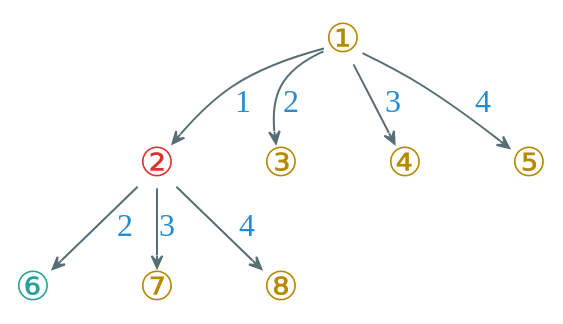
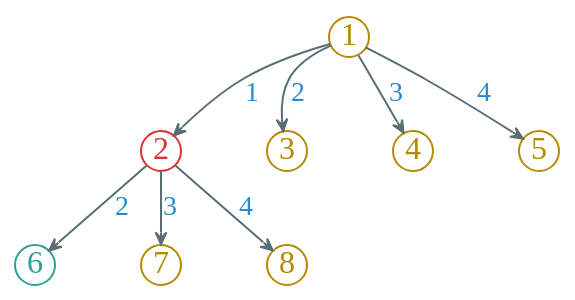
Before and after one commit to Avanti1980/course-alg: the diagram in dot/four-queen-bb-solve2.dot, drawn with Graphviz. The commit also changed 20 other files, not shown here.

```diff
--- a/dot/four-queen-bb-solve2.dot
+++ b/dot/four-queen-bb-solve2.dot
@@ -1,25 +1,25 @@
 digraph g {
     bgcolor=transparent
     rankdir=TB
     graph [nodesep=0.6, ranksep=0.3]
-    node [shape=plain, color="#586e75", fontcolor="#dc322f", fontsize=20, fontname="LXGWWenKai"]
-    edge [arrowhead=vee, color="#586e75", fontcolor="#268bd2", fontsize=16, fontname="LXGWWenKai" arrowsize=0.6]
+    node [shape=circle, fixedsize=true, width=0.28, color="#dc322f", fontcolor="#dc322f", fontsize=16, fontname="LXGWWenKai"]
+    edge [arrowhead=vee, color="#586e75", fontcolor="#268bd2", fontsize=14, fontname="LXGWWenKai" arrowsize=0.6]
 
-    ②
+    2
 
-    node [fontcolor="#b58900"]
+    node [color="#b58900", fontcolor="#b58900"]
 
-    ① -> ② [label="1"]
-    ① -> ③ [label="2"]
-    ① -> ④ [label="3"]
-    ① -> ⑤ [label="4"]
+    1 -> 2 [label="1"]
+    1 -> 3 [label="2"]
+    1 -> 4 [label="3"]
+    1 -> 5 [label="4"]
 
-    node [fontcolor="#2aa198"]
+    node [color="#2aa198", fontcolor="#2aa198"]
 
-    ② -> ⑥ [label="2"]
+    2 -> 6 [label="2"]
 
-    node [fontcolor="#b58900"]
+    node [color="#b58900", fontcolor="#b58900"]
 
-    ② -> ⑦ [label="3"]
-    ② -> ⑧ [label="4"]
+    2 -> 7 [label="3"]
+    2 -> 8 [label="4"]
 }
```
